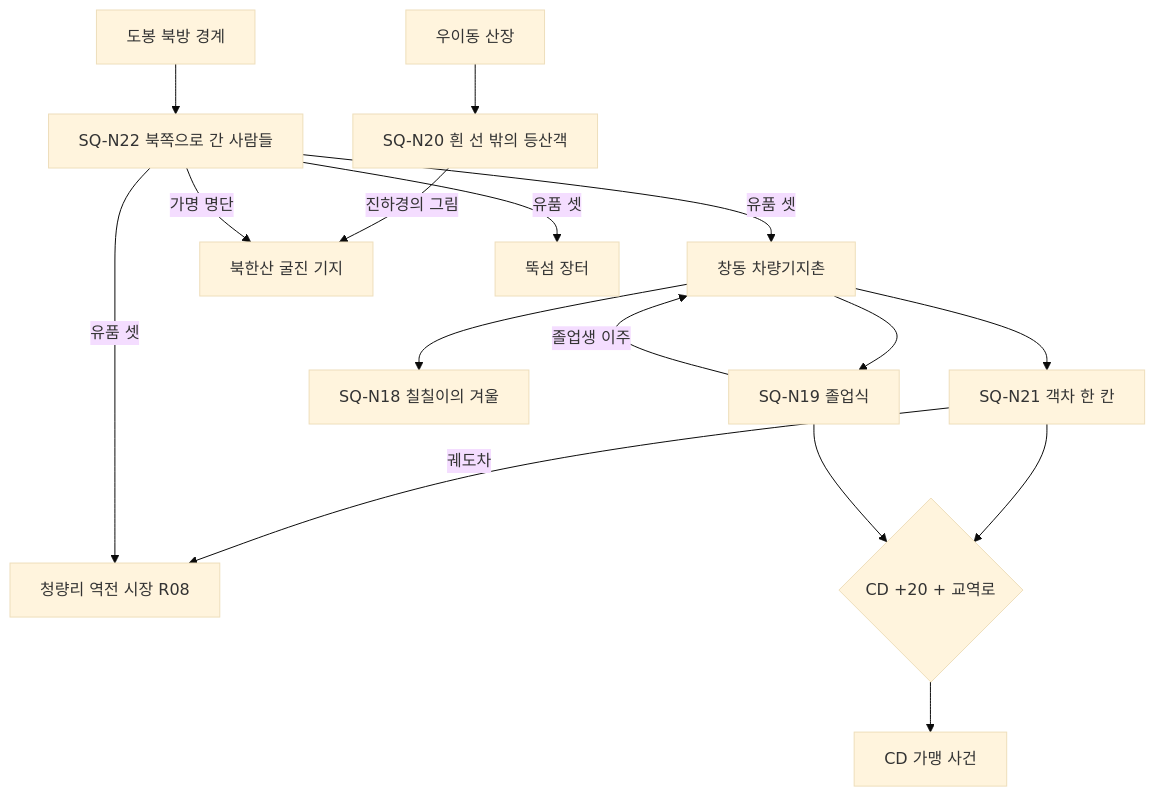
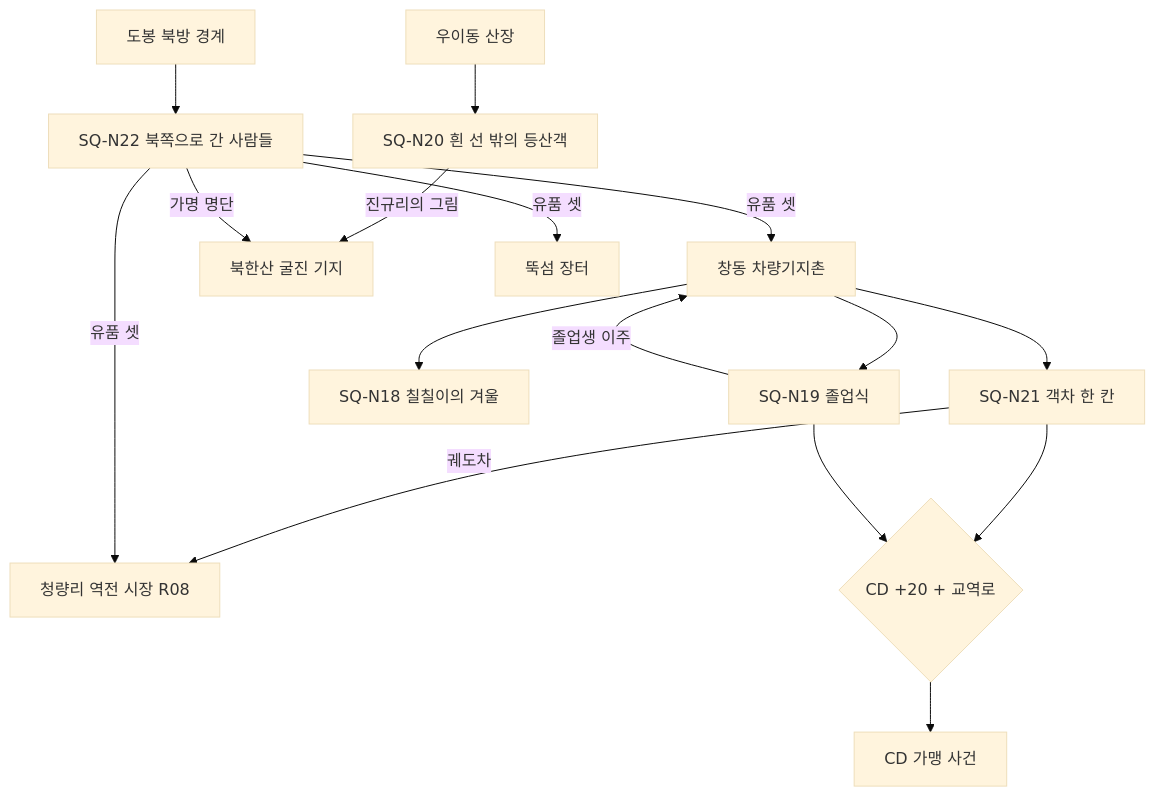
The sixth of 7 diagrams in docs/seoul-fallout/04c_side-quests-north-east-center.md (forsurvive/003), drawn with Mermaid (base theme) before and after one commit. The commit also changed other lines of this file and 17 other files, not shown here.

````diff
--- a/docs/seoul-fallout/04c_side-quests-north-east-center.md
+++ b/docs/seoul-fallout/04c_side-quests-north-east-center.md
@@ -1420,18 +1421,18 @@
 ```mermaid
 flowchart TD
   CD["창동 차량기지촌"] --> N21["SQ-N21 객차 한 칸"]
   CD --> N18["SQ-N18 칠칠이의 겨울"]
   CD --> N19["SQ-N19 졸업식"]
   N19 -->|"졸업생 이주"| CD
   N21 -->|"궤도차"| CR["청량리 역전 시장 R08"]
   UI["우이동 산장"] --> N20["SQ-N20 흰 선 밖의 등산객"]
-  N20 -->|"진하경의 그림"| GJ["북한산 굴진 기지"]
+  N20 -->|"진규리의 그림"| GJ["북한산 굴진 기지"]
   BD["도봉 북방 경계"] --> N22["SQ-N22 북쪽으로 간 사람들"]
   N22 -->|"유품 셋"| CD
   N22 -->|"유품 셋"| CR
   N22 -->|"유품 셋"| TS["뚝섬 장터"]
   N22 -->|"가명 명단"| GJ
   CDJ{"CD +20 + 교역로"} --> JOIN["CD 가맹 사건"]
   N21 --> CDJ
   N19 --> CDJ
 ```
````
